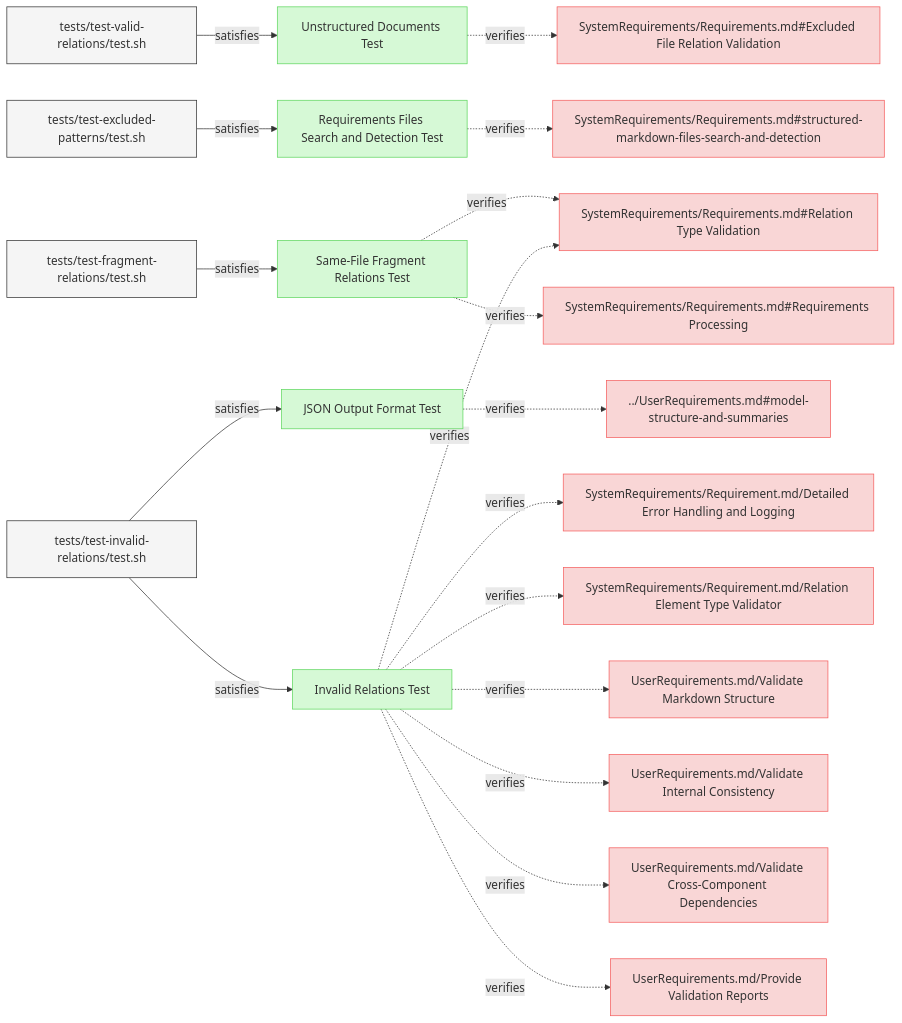
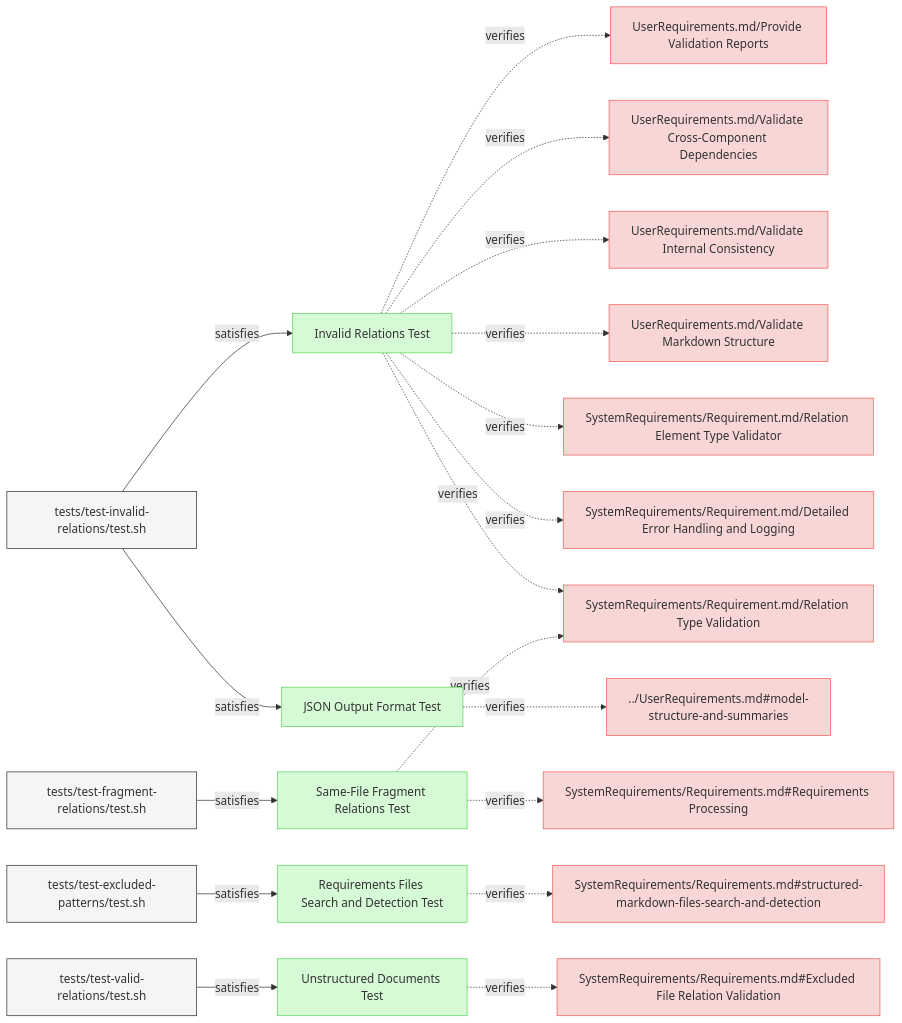
The first of 2 diagrams in specifications/Verifications/ValidationTests.md (reqvire-org/reqvire), drawn with Mermaid before and after one commit. The commit also changed 18 other files, not shown here.

````diff
--- a/specifications/Verifications/ValidationTests.md
+++ b/specifications/Verifications/ValidationTests.md
@@ -11,6 +11,28 @@
   classDef externalLink fill:#d0e0ff,stroke:#3080ff,stroke-width:1px;
   classDef default fill:#f5f5f5,stroke:#333333,stroke-width:1px;
 
+  9a53e9c00918fd02["JSON Output Format Test"];
+  class 9a53e9c00918fd02 verification;
+  click 9a53e9c00918fd02 "ValidationTests.md#json-output-format-test";
+  ad6f7a2d41d80a38["../UserRequirements.md#model-structure-and-summaries"];
+  class ad6f7a2d41d80a38 requirement;
+  click ad6f7a2d41d80a38 "../UserRequirements.md#model-structure-and-summaries";
+  9a53e9c00918fd02 -.->|verifies| ad6f7a2d41d80a38;
+  8b8c9b79dcbe085e["tests/test-invalid-relations/test.sh"];
+  class 8b8c9b79dcbe085e default;
+  click 8b8c9b79dcbe085e "../../tests/test-invalid-relations/test.sh";
+  8b8c9b79dcbe085e -->|satisfies| 9a53e9c00918fd02;
+  184bc01c18f5506f["Requirements Files Search and Detection Test"];
+  class 184bc01c18f5506f verification;
+  click 184bc01c18f5506f "ValidationTests.md#requirements-files-search-and-detection-test";
+  66582f9b6bdde6c4["SystemRequirements/Requirements.md#structured-markdown-files-search-and-detection"];
+  class 66582f9b6bdde6c4 requirement;
+  click 66582f9b6bdde6c4 "../SystemRequirements/Requirements.md#structured-markdown-files-search-and-detection";
+  184bc01c18f5506f -.->|verifies| 66582f9b6bdde6c4;
+  a29e69e90fa71f39["tests/test-excluded-patterns/test.sh"];
+  class a29e69e90fa71f39 default;
+  click a29e69e90fa71f39 "../../tests/test-excluded-patterns/test.sh";
+  a29e69e90fa71f39 -->|satisfies| 184bc01c18f5506f;
   526fb26c223ad188["Unstructured Documents Test"];
   class 526fb26c223ad188 verification;
   click 526fb26c223ad188 "ValidationTests.md#unstructured-documents-test";
@@ -22,43 +44,6 @@
   class b91bd280b4e9971 default;
   click b91bd280b4e9971 "../../tests/test-valid-relations/test.sh";
   b91bd280b4e9971 -->|satisfies| 526fb26c223ad188;
-  184bc01c18f5506f["Requirements Files Search and Detection Test"];
-  class 184bc01c18f5506f verification;
-  click 184bc01c18f5506f "ValidationTests.md#requirements-files-search-and-detection-test";
-  66582f9b6bdde6c4["SystemRequirements/Requirements.md#structured-markdown-files-search-and-detection"];
-  class 66582f9b6bdde6c4 requirement;
-  click 66582f9b6bdde6c4 "../SystemRequirements/Requirements.md#structured-markdown-files-search-and-detection";
-  184bc01c18f5506f -.->|verifies| 66582f9b6bdde6c4;
-  a29e69e90fa71f39["tests/test-excluded-patterns/test.sh"];
-  class a29e69e90fa71f39 default;
-  click a29e69e90fa71f39 "../../tests/test-excluded-patterns/test.sh";
-  a29e69e90fa71f39 -->|satisfies| 184bc01c18f5506f;
-  6ca2ff1567644e78["Same-File Fragment Relations Test"];
-  class 6ca2ff1567644e78 verification;
-  click 6ca2ff1567644e78 "ValidationTests.md#same-file-fragment-relations-test";
-  db64a3e25646a37f["SystemRequirements/Requirements.md#Relation Type Validation"];
-  class db64a3e25646a37f requirement;
-  click db64a3e25646a37f "../SystemRequirements/Requirements.md#relation-type-validation";
-  6ca2ff1567644e78 -.->|verifies| db64a3e25646a37f;
-  bed8d0948b3e5ccd["SystemRequirements/Requirements.md#Requirements Processing"];
-  class bed8d0948b3e5ccd requirement;
-  click bed8d0948b3e5ccd "../SystemRequirements/Requirements.md#requirements-processing";
-  6ca2ff1567644e78 -.->|verifies| bed8d0948b3e5ccd;
-  789c690d63402d63["tests/test-fragment-relations/test.sh"];
-  class 789c690d63402d63 default;
-  click 789c690d63402d63 "../../tests/test-fragment-relations/test.sh";
-  789c690d63402d63 -->|satisfies| 6ca2ff1567644e78;
-  9a53e9c00918fd02["JSON Output Format Test"];
-  class 9a53e9c00918fd02 verification;
-  click 9a53e9c00918fd02 "ValidationTests.md#json-output-format-test";
-  ad6f7a2d41d80a38["../UserRequirements.md#model-structure-and-summaries"];
-  class ad6f7a2d41d80a38 requirement;
-  click ad6f7a2d41d80a38 "../UserRequirements.md#model-structure-and-summaries";
-  9a53e9c00918fd02 -.->|verifies| ad6f7a2d41d80a38;
-  8b8c9b79dcbe085e["tests/test-invalid-relations/test.sh"];
-  class 8b8c9b79dcbe085e default;
-  click 8b8c9b79dcbe085e "../../tests/test-invalid-relations/test.sh";
-  8b8c9b79dcbe085e -->|satisfies| 9a53e9c00918fd02;
   e37dc7f46d75d46["Invalid Relations Test"];
   class e37dc7f46d75d46 verification;
   click e37dc7f46d75d46 "ValidationTests.md#invalid-relations-test";
@@ -66,6 +51,9 @@
   class 4ecd49d71920c1fc requirement;
   click 4ecd49d71920c1fc "../SystemRequirements/Requirements.md#detailed-error-handling-and-logging";
   e37dc7f46d75d46 -.->|verifies| 4ecd49d71920c1fc;
+  db64a3e25646a37f["SystemRequirements/Requirement.md/Relation Type Validation"];
+  class db64a3e25646a37f requirement;
+  click db64a3e25646a37f "../SystemRequirements/Requirements.md#relation-type-validation";
   e37dc7f46d75d46 -.->|verifies| db64a3e25646a37f;
   dc7a9bb1bbebc57f["SystemRequirements/Requirement.md/Relation Element Type Validator"];
   class dc7a9bb1bbebc57f requirement;
@@ -91,4 +79,16 @@
   class 8b8c9b79dcbe085e default;
   click 8b8c9b79dcbe085e "../../tests/test-invalid-relations/test.sh";
   8b8c9b79dcbe085e -->|satisfies| e37dc7f46d75d46;
+  6ca2ff1567644e78["Same-File Fragment Relations Test"];
+  class 6ca2ff1567644e78 verification;
+  click 6ca2ff1567644e78 "ValidationTests.md#same-file-fragment-relations-test";
+  6ca2ff1567644e78 -.->|verifies| db64a3e25646a37f;
+  bed8d0948b3e5ccd["SystemRequirements/Requirements.md#Requirements Processing"];
+  class bed8d0948b3e5ccd requirement;
+  click bed8d0948b3e5ccd "../SystemRequirements/Requirements.md#requirements-processing";
+  6ca2ff1567644e78 -.->|verifies| bed8d0948b3e5ccd;
+  789c690d63402d63["tests/test-fragment-relations/test.sh"];
+  class 789c690d63402d63 default;
+  click 789c690d63402d63 "../../tests/test-fragment-relations/test.sh";
+  789c690d63402d63 -->|satisfies| 6ca2ff1567644e78;
 ```
````
